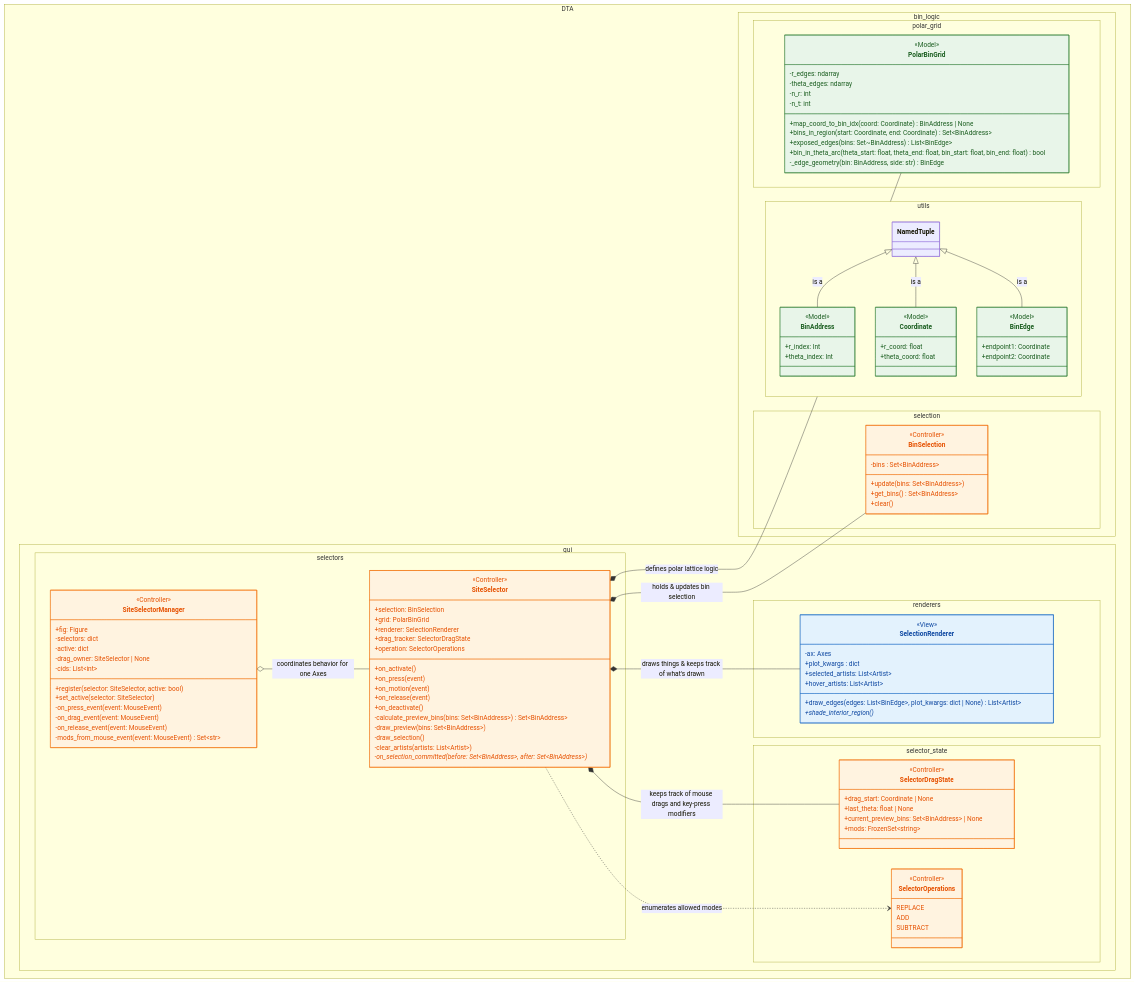
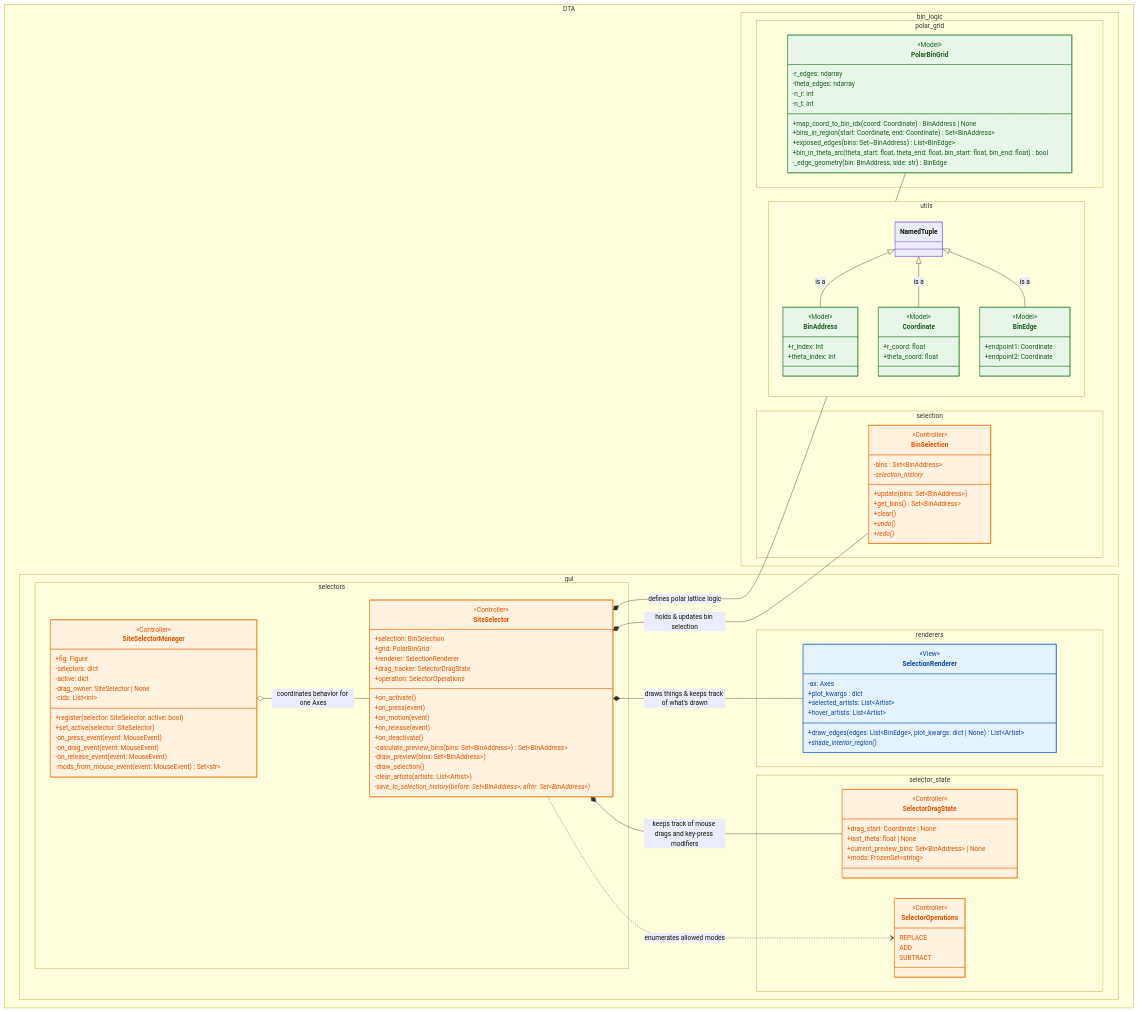
Before and after one commit to BranniganLab/density_threshold_affinity: the first of 4 diagrams in python/dta/gui/README.md, drawn with Mermaid.

Commit message:
update mermaid diagram

```diff
--- a/python/dta/gui/README.md
+++ b/python/dta/gui/README.md
@@ -126,9 +126,12 @@
 namespace DTA.bin_logic.selection {
 class BinSelection {
     -bins : Set~BinAddress~
+    -selection_history*
     +update(bins: Set~BinAddress~)
     +get_bins() Set~BinAddress~
     +clear()
+    +undo()*
+    +redo()*
 }
 }
 
@@ -165,7 +168,7 @@
     -draw_preview(bins: Set~BinAddress~)
     -draw_selection()
     -clear_artists(artists: List~Artist~)
-    -on_selection_committed(before: Set~BinAddress~, after: Set~BinAddress~)*
+    -save_to_selection_history(before: Set~BinAddress~, after: Set~BinAddress~)*
 }
 
 class SiteSelectorManager {
```
